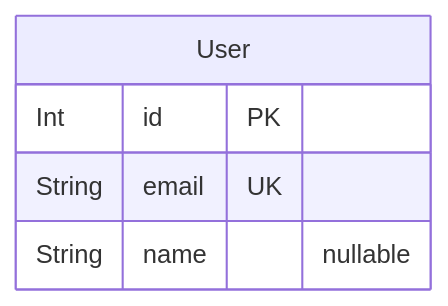
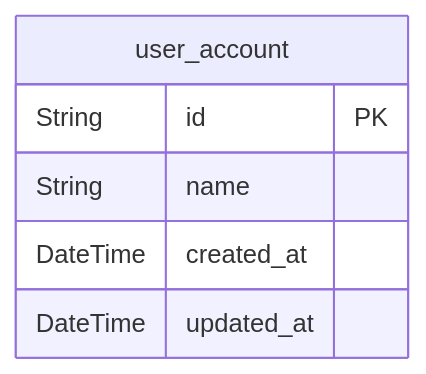
The diagram in docs/ERD.md (Mailly-Project/Mailly-BE), drawn with Mermaid before and after one commit. The commit also changed other lines of this file, not shown here.

Commit message:
docs: ERD docs 변경

````diff
--- a/docs/ERD.md
+++ b/docs/ERD.md
@@ -7,8 +7,9 @@
 ```mermaid
 erDiagram
-"User" {
-  Int id PK
-  String email UK
-  String name "nullable"
+"user_account" {
+  String id PK
+  String name
+  DateTime created_at
+  DateTime updated_at
 }
 ```
````
